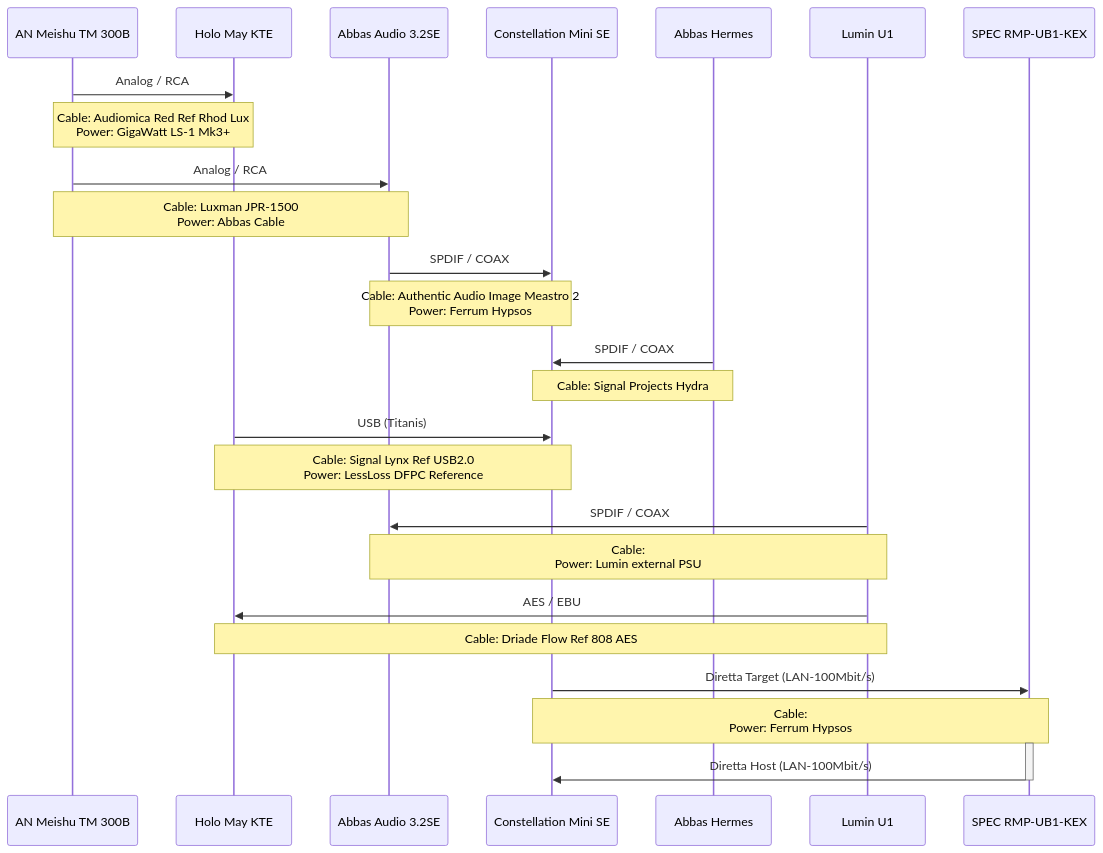
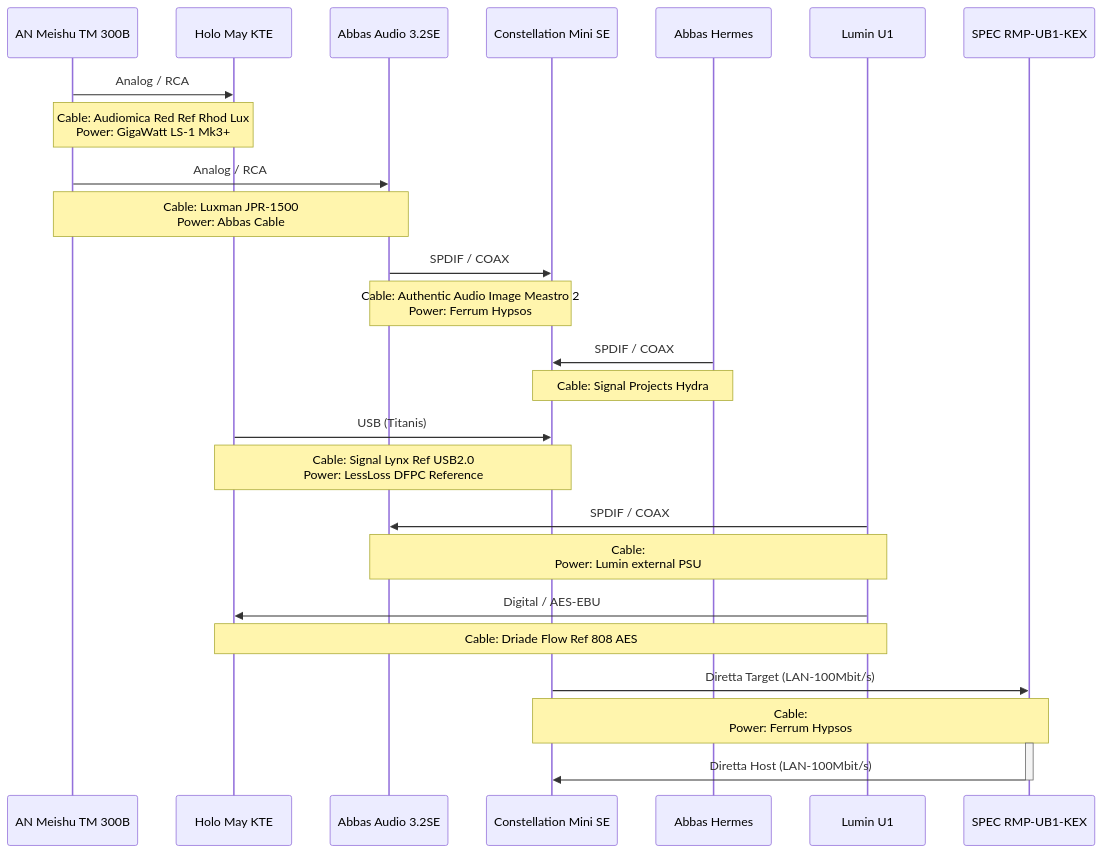
The first of 3 diagrams in gerihifi-setup.md (geraldfehringer/diretta), drawn with Mermaid before and after one commit. The commit also changed other lines of this file, not shown here.

````diff
--- a/gerihifi-setup.md
+++ b/gerihifi-setup.md
@@ -35,22 +39,22 @@
 ```mermaid
 sequenceDiagram
     AN Meishu TM 300B->>Holo May KTE: Analog / RCA
     Note over AN Meishu TM 300B,Holo May KTE: Cable: Audiomica Red Ref Rhod Lux<br> Power: GigaWatt LS-1 Mk3+
     AN Meishu TM 300B->>Abbas Audio 3.2SE: Analog / RCA
     Note over AN Meishu TM 300B,Abbas Audio 3.2SE: Cable: Luxman JPR-1500<br> Power: Abbas Cable
     Abbas Audio 3.2SE->>Constellation Mini SE: SPDIF / COAX
     Note over Constellation Mini SE,Abbas Audio 3.2SE: Cable: Authentic Audio Image Meastro 2<br> Power: Ferrum Hypsos
     Abbas Hermes->>Constellation Mini SE: SPDIF / COAX
     Note over Constellation Mini SE,Abbas Hermes: Cable: Signal Projects Hydra
     Holo May KTE->>Constellation Mini SE: USB (Titanis)
     Note over Constellation Mini SE,Holo May KTE: Cable: Signal Lynx Ref USB2.0<br> Power: LessLoss DFPC Reference
     Lumin U1->>Abbas Audio 3.2SE: SPDIF / COAX
     Note over Abbas Audio 3.2SE,Lumin U1: Cable: <br> Power: Lumin external PSU
-    Lumin U1->>Holo May KTE: AES / EBU
+    Lumin U1->>Holo May KTE: Digital / AES-EBU
     Note over Holo May KTE,Lumin U1: Cable: Driade Flow Ref 808 AES
     Constellation Mini SE->>SPEC RMP-UB1-KEX: Diretta Target (LAN-100Mbit/s)
     Note over SPEC RMP-UB1-KEX,Constellation Mini SE: Cable: <br> Power: Ferrum Hypsos
     activate SPEC RMP-UB1-KEX
     SPEC RMP-UB1-KEX->>Constellation Mini SE: Diretta Host (LAN-100Mbit/s)
     deactivate SPEC RMP-UB1-KEX
 ```
````
